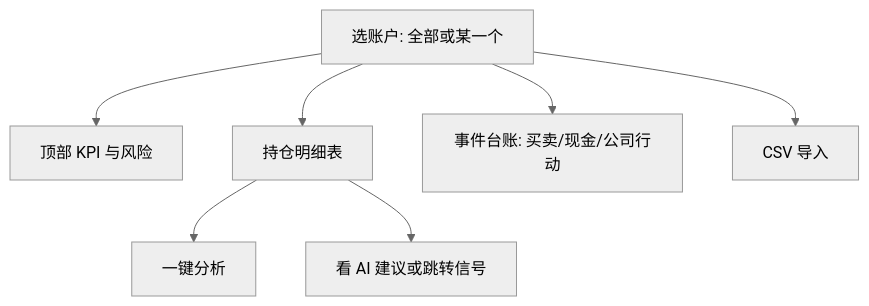
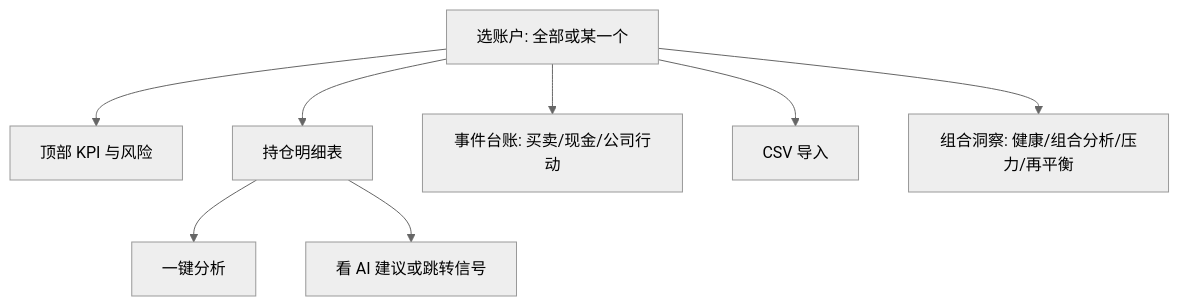
One commit to SiinXu/stock-pulse-ai changed the diagram in docs/ui-manual/07-portfolio.md. Above: the diagram before and after it, drawn with Mermaid (neutral theme). The commit also changed other lines of this file and 195 other files, not shown here.

````diff
--- a/docs/ui-manual/07-portfolio.md
+++ b/docs/ui-manual/07-portfolio.md
@@ -41,9 +41,10 @@
 ```mermaid
 flowchart TB
   A[选账户: 全部或某一个] --> B[顶部 KPI 与风险]
   A --> C[持仓明细表]
   A --> D[事件台账: 买卖/现金/公司行动]
   A --> E[CSV 导入]
+  A --> H[组合洞察: 健康/组合分析/压力/再平衡]
   C --> F[一键分析]
   C --> G[看 AI 建议或跳转信号]
 ```
````
